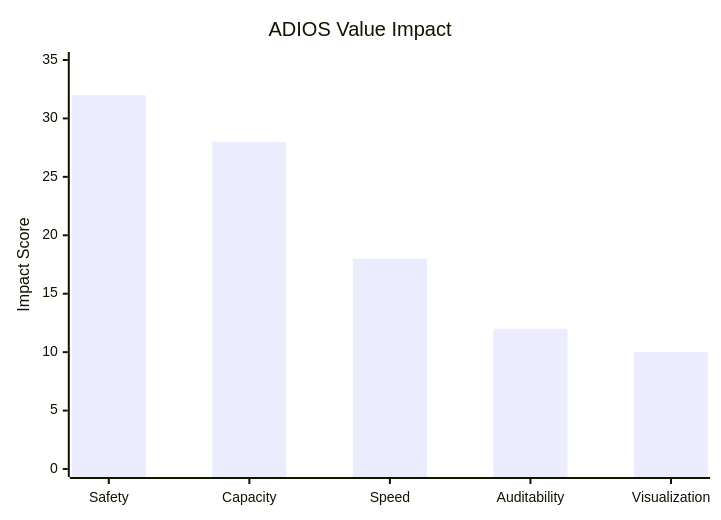
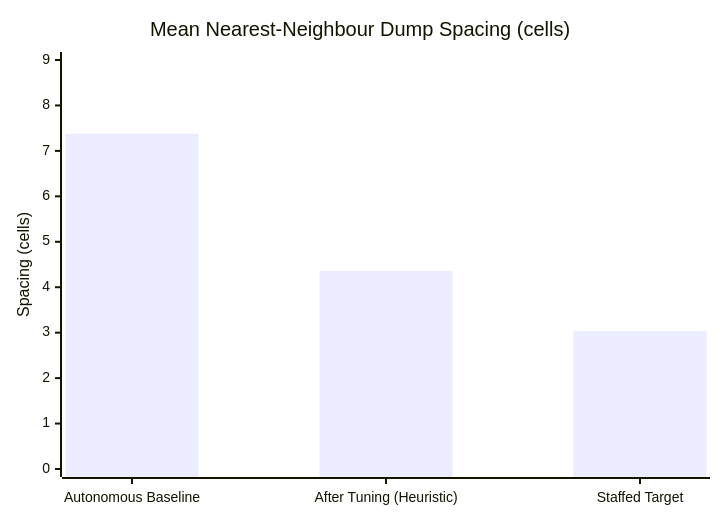
The third of 5 diagrams in README.md (nush1729/adaptive-dump-intelligence), drawn with Mermaid before and after one commit. The commit also changed other lines of this file and 61 other files, not shown here.

````diff
--- a/README.md
+++ b/README.md
@@ -95,7 +199,7 @@
 ```mermaid
 xychart-beta
-    title "ADIOS Value Impact"
-    x-axis ["Safety", "Capacity", "Speed", "Auditability", "Visualization"]
-    y-axis "Impact Score" 0 --> 35
-    bar [32, 28, 18, 12, 10]
+    title "Mean Nearest-Neighbour Dump Spacing (cells)"
+    x-axis ["Autonomous Baseline", "After Tuning (Heuristic)", "Staffed Target"]
+    y-axis "Spacing (cells)" 0 --> 9
+    bar [7.38, 4.36, 3.03]
 ```
````
